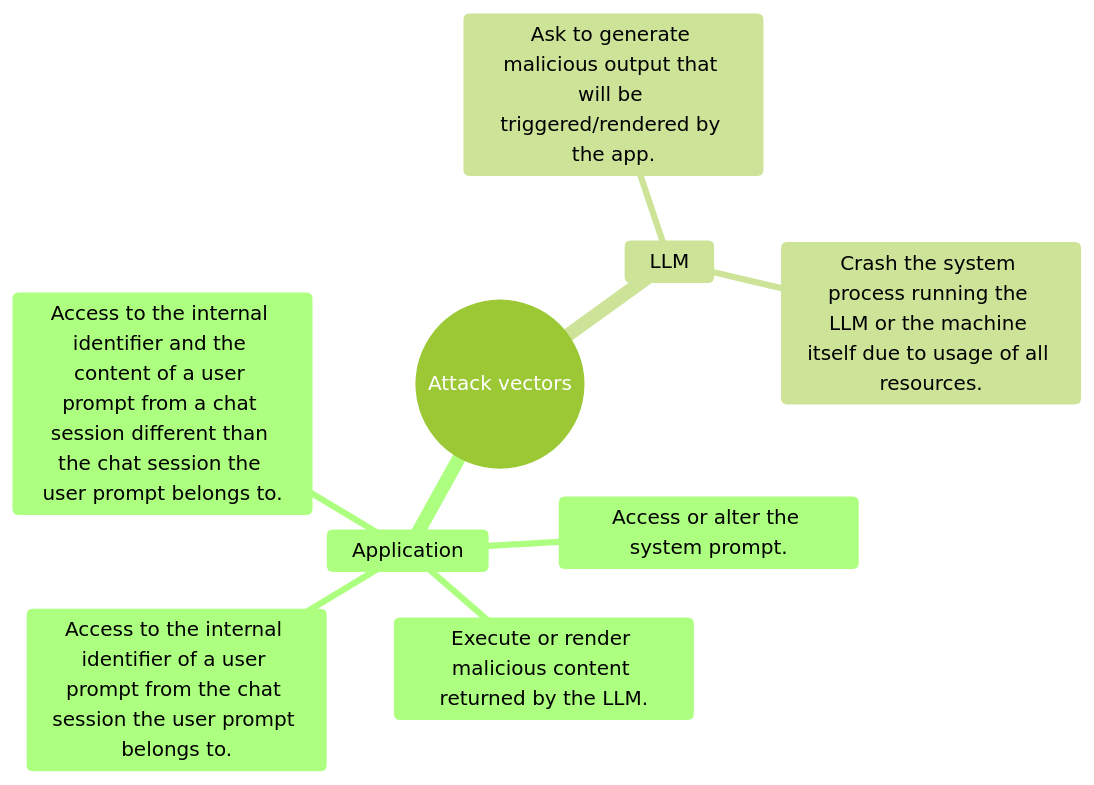
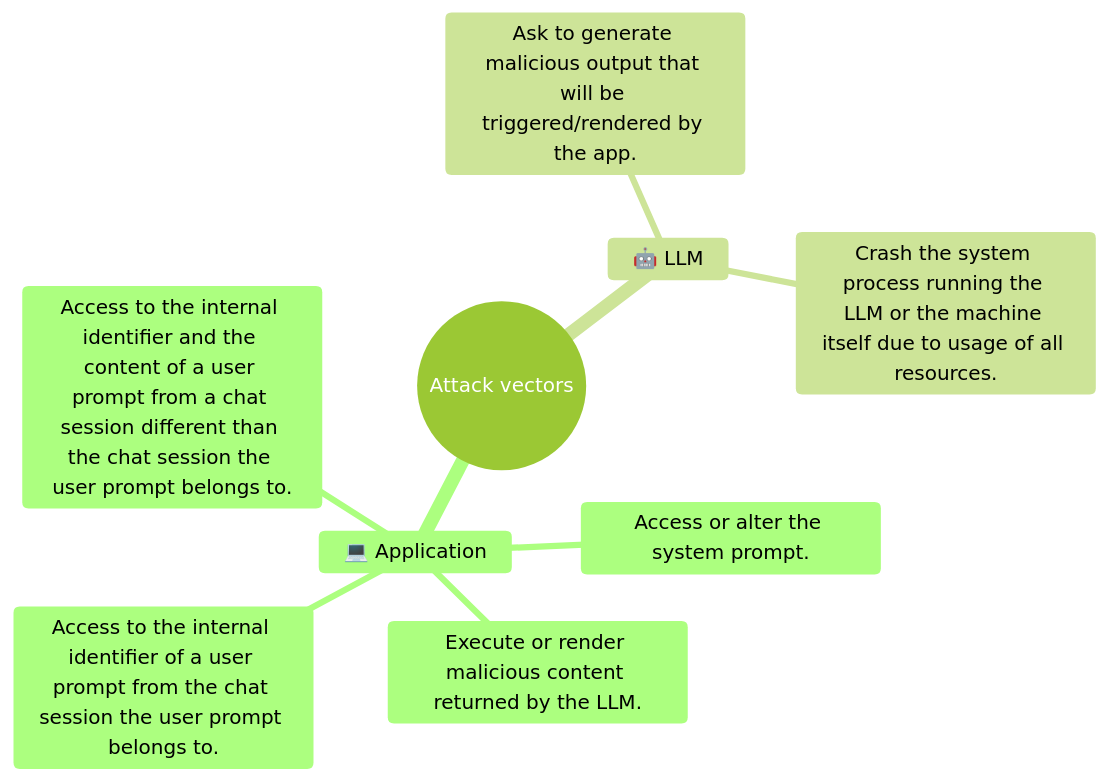
One commit to righettod/poc-llm changed the diagram in README.md. Above: the diagram before and after it, drawn with Mermaid (forest theme). The commit also changed 3 other files, not shown here.

````diff
--- a/README.md
+++ b/README.md
@@ -44,12 +44,12 @@
 ```mermaid
 mindmap
   root((Attack vectors))
-    Application
+    💻 Application
         Access or alter the system prompt.
         Execute or render malicious content returned by the LLM.
         Access to the internal identifier of a user prompt from the chat session the user prompt belongs to.
         Access to the internal identifier and the content of a user prompt from a chat session different than the chat session the user prompt belongs to.
-    LLM
+    🤖 LLM
         Ask to generate malicious output that will be triggered/rendered by the app.
         Crash the system process running the LLM or the machine itself due to usage of all resources.
 ```
````
